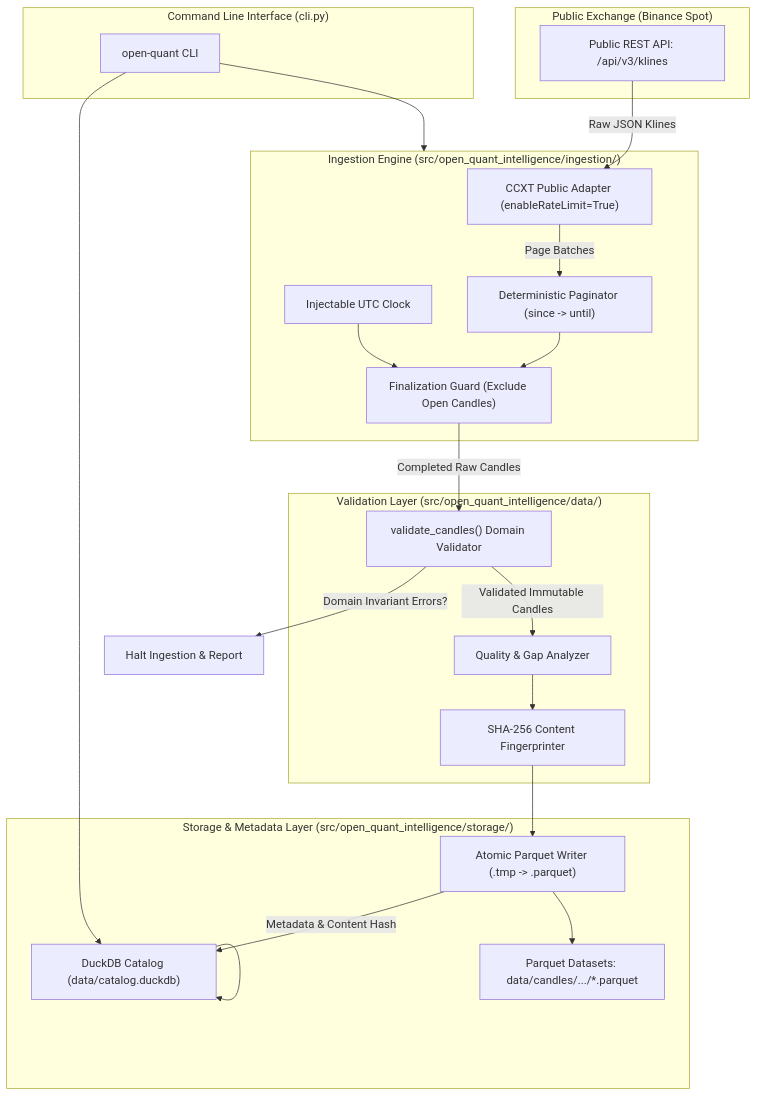
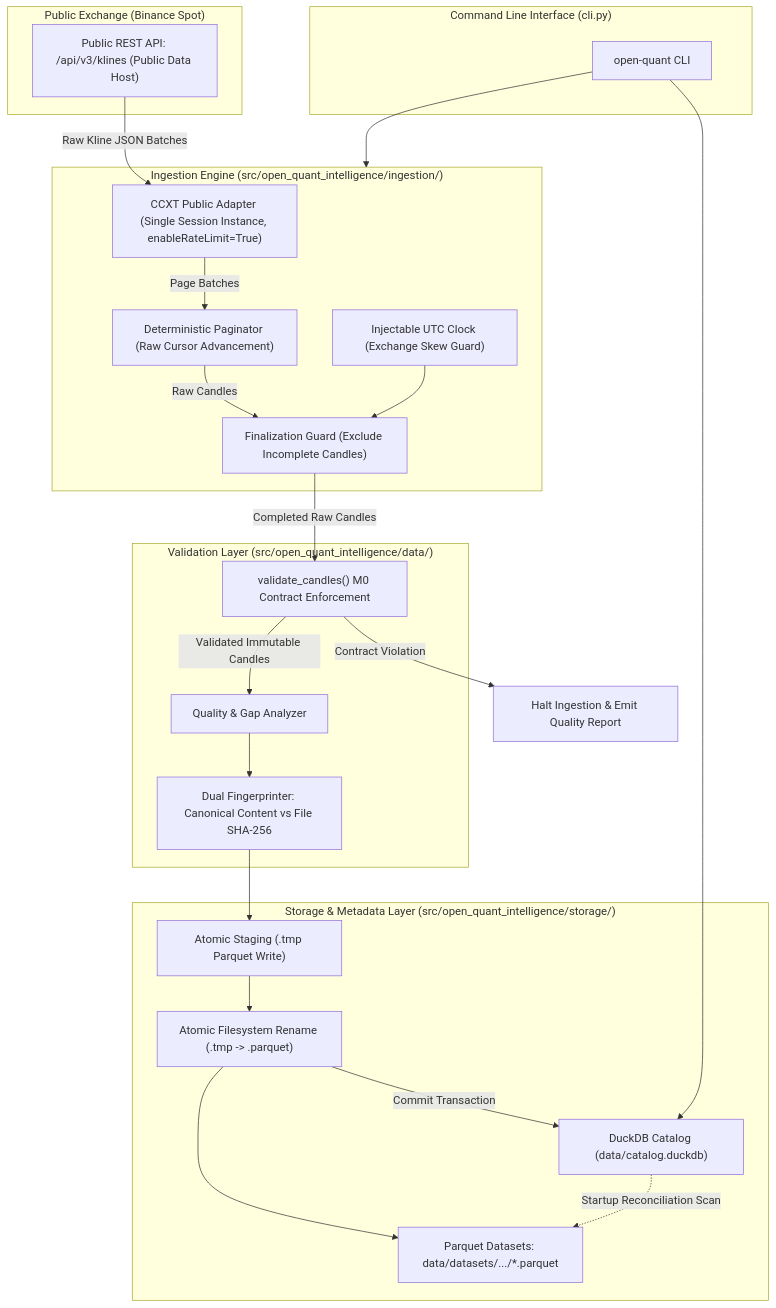
Before and after one commit to jayp91131-sudo/open-quant-intelligence: the diagram in docs/M1_ARCHITECTURE_PROPOSAL.md, drawn with Mermaid. The commit also changed other lines of this file, not shown here.

Commit message:
docs(m1): revise architecture proposal addressing technical lead review findings

````diff
--- a/docs/M1_ARCHITECTURE_PROPOSAL.md
+++ b/docs/M1_ARCHITECTURE_PROPOSAL.md
@@ -101,44 +106,46 @@
 ```mermaid
 flowchart TD
     subgraph Public_Exchange["Public Exchange (Binance Spot)"]
-        API["Public REST API: /api/v3/klines"]
+        API["Public REST API: /api/v3/klines (Public Data Host)"]
     end
 
     subgraph Ingestion_Engine["Ingestion Engine (src/open_quant_intelligence/ingestion/)"]
-        Client["CCXT Public Adapter (enableRateLimit=True)"]
-        Paginator["Deterministic Paginator (since -> until)"]
-        Clock["Injectable UTC Clock"]
-        Finalizer["Finalization Guard (Exclude Open Candles)"]
+        Client["CCXT Public Adapter (Single Session Instance, enableRateLimit=True)"]
+        Paginator["Deterministic Paginator (Raw Cursor Advancement)"]
+        Clock["Injectable UTC Clock (Exchange Skew Guard)"]
+        Finalizer["Finalization Guard (Exclude Incomplete Candles)"]
     end
 
     subgraph Validation_Layer["Validation Layer (src/open_quant_intelligence/data/)"]
-        Validator["validate_candles() Domain Validator"]
+        Validator["validate_candles() M0 Contract Enforcement"]
         QualityAnalyzer["Quality & Gap Analyzer"]
-        Fingerprinter["SHA-256 Content Fingerprinter"]
+        Fingerprinter["Dual Fingerprinter: Canonical Content vs File SHA-256"]
     end
 
     subgraph Storage_Layer["Storage & Metadata Layer (src/open_quant_intelligence/storage/)"]
-        ParquetStore["Atomic Parquet Writer (.tmp -> .parquet)"]
+        StageStore["Atomic Staging (.tmp Parquet Write)"]
+        AtomicRename["Atomic Filesystem Rename (.tmp -> .parquet)"]
         DuckDBCatalog["DuckDB Catalog (data/catalog.duckdb)"]
-        DataFiles["Parquet Datasets: data/candles/.../*.parquet"]
+        DataFiles["Parquet Datasets: data/datasets/.../*.parquet"]
     end
 
     subgraph User_CLI["Command Line Interface (cli.py)"]
         CLI["open-quant CLI"]
     end
 
-    API -->|Raw JSON Klines| Client
+    API -->|Raw Kline JSON Batches| Client
     Client -->|Page Batches| Paginator
-    Paginator --> Finalizer
+    Paginator -->|Raw Candles| Finalizer
     Clock --> Finalizer
     Finalizer -->|Completed Raw Candles| Validator
-    Validator -->|Domain Invariant Errors?| Fail["Halt Ingestion & Report"]
+    Validator -->|Contract Violation| Fail["Halt Ingestion & Emit Quality Report"]
     Validator -->|Validated Immutable Candles| QualityAnalyzer
     QualityAnalyzer --> Fingerprinter
-    Fingerprinter --> ParquetStore
-    ParquetStore --> DataFiles
-    ParquetStore -->|Metadata & Content Hash| DuckDBCatalog
-    DuckDBCatalog --> DuckDBCatalog
+    Fingerprinter --> StageStore
+    StageStore --> AtomicRename
+    AtomicRename --> DataFiles
+    AtomicRename -->|Commit Transaction| DuckDBCatalog
+    DuckDBCatalog -.->|Startup Reconciliation Scan| DataFiles
     CLI --> Ingestion_Engine
     CLI --> DuckDBCatalog
 ```
````
